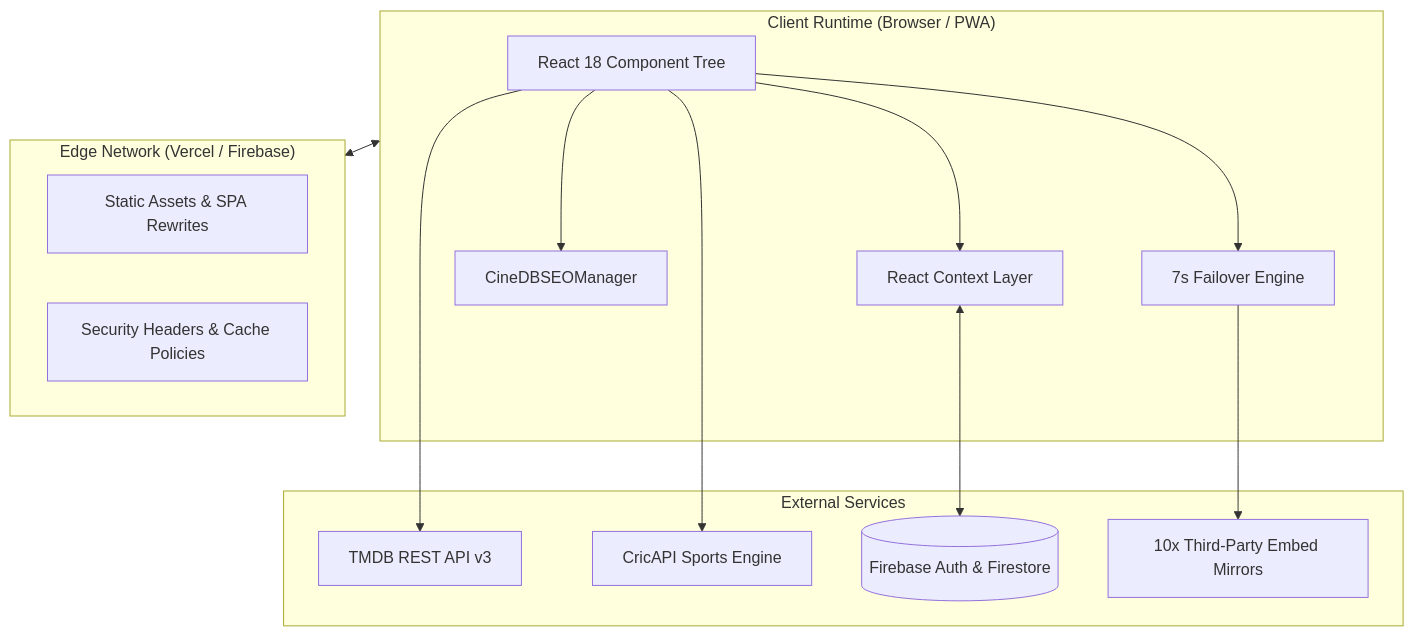
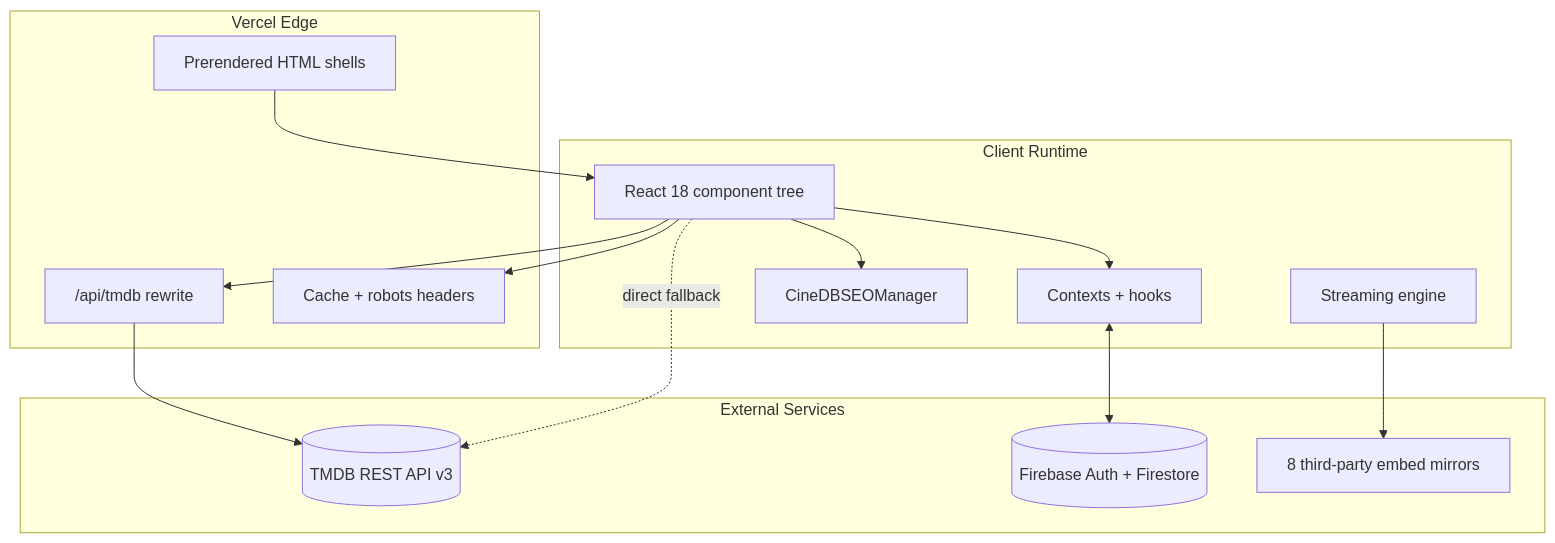
The first of 2 diagrams in ARCHITECTURE.md (Msumankumar05/CineDB.xyz), drawn with Mermaid before and after one commit. The commit also changed other lines of this file and 3 other files, not shown here.

Commit message:
docs: synchronize showcase with current production architecture and playback features

````diff
--- a/ARCHITECTURE.md
+++ b/ARCHITECTURE.md
@@ -27,30 +30,31 @@
 ```mermaid
 flowchart TD
-    subgraph Browser ["Client Runtime (Browser / PWA)"]
-        UI[React 18 Component Tree]
-        State[React Context Layer]
+    subgraph Browser["Client Runtime"]
+        UI[React 18 component tree]
+        State[Contexts + hooks]
         SEO[CineDBSEOManager]
-        Rotator[7s Failover Engine]
+        Player[Streaming engine]
     end
 
-    subgraph CDN ["Edge Network (Vercel / Firebase)"]
-        Static[Static Assets & SPA Rewrites]
-        Headers[Security Headers & Cache Policies]
+    subgraph Edge["Vercel Edge"]
+        Shells[Prerendered HTML shells]
+        Rewrite["/api/tmdb rewrite"]
+        Headers[Cache + robots headers]
     end
 
-    subgraph External ["External Services"]
-        TMDB[TMDB REST API v3]
-        CricAPI[CricAPI Sports Engine]
-        Firebase[(Firebase Auth & Firestore)]
-        Mirrors[10x Third-Party Embed Mirrors]
+    subgraph External["External Services"]
+        TMDB[(TMDB REST API v3)]
+        Firebase[(Firebase Auth + Firestore)]
+        Mirrors[8 third-party embed mirrors]
     end
 
+    Shells --> UI
     UI --> State
     State <--> Firebase
-    UI --> TMDB
-    UI --> CricAPI
-    UI --> Rotator
-    Rotator --> Mirrors
+    UI --> Rewrite
+    Rewrite --> TMDB
+    UI -. direct fallback .-> TMDB
+    Player --> Mirrors
     UI --> SEO
-    Browser <--> CDN
+    UI --> Headers
 ```
````
